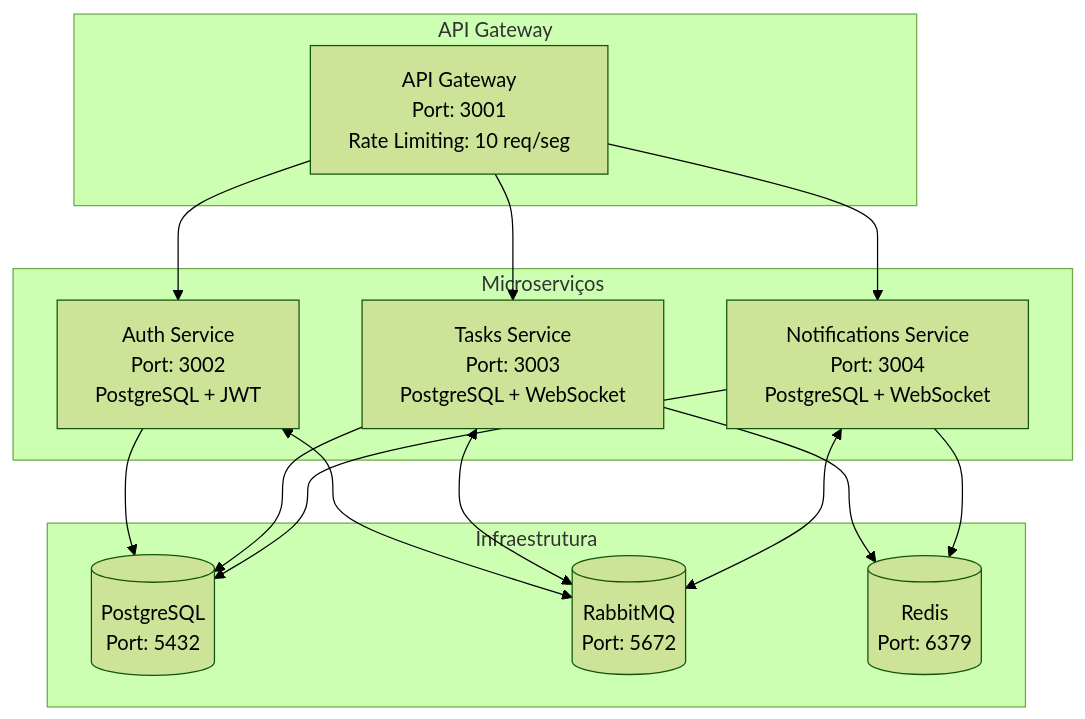
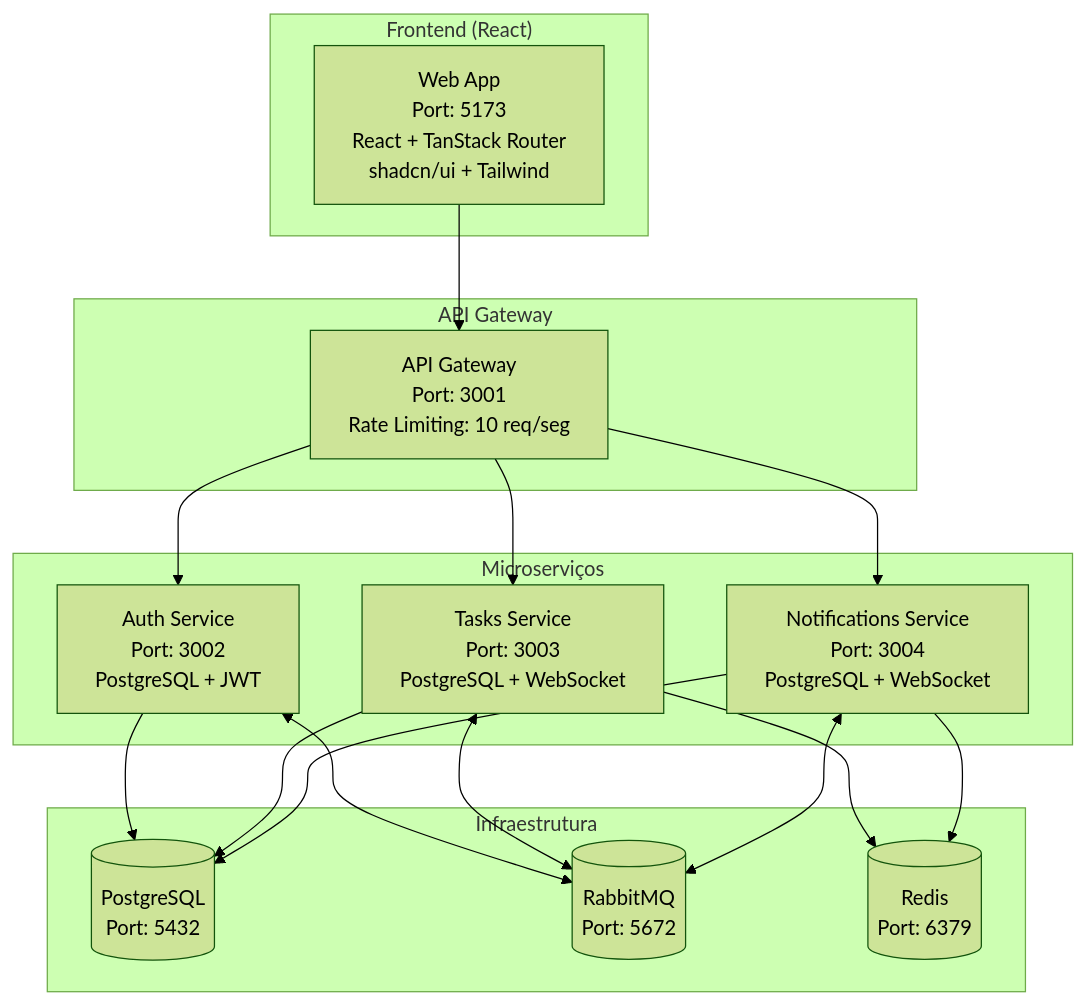
Before and after one commit to vinicius1504/DesafioGloboo: the diagram in Task-Manager/README.md, drawn with Mermaid (forest theme). The commit also changed other lines of this file, not shown here.

Commit message:
feat: atualizar README.md com informações sobre o frontend em React e melhorias na documentação

````diff
--- a/Task-Manager/README.md
+++ b/Task-Manager/README.md
@@ -30,33 +24,38 @@
 ```mermaid
 graph TB
+    subgraph "Frontend (React)"
+        WEB[Web App<br/>Port: 5173<br/>React + TanStack Router<br/>shadcn/ui + Tailwind]
+    end
+
     subgraph "API Gateway"
         GW[API Gateway<br/>Port: 3001<br/>Rate Limiting: 10 req/seg]
     end
 
     subgraph "Microserviços"
         AUTH[Auth Service<br/>Port: 3002<br/>PostgreSQL + JWT]
         TASKS[Tasks Service<br/>Port: 3003<br/>PostgreSQL + WebSocket]
         NOTIF[Notifications Service<br/>Port: 3004<br/>PostgreSQL + WebSocket]
     end
 
     subgraph "Infraestrutura"
         DB[(PostgreSQL<br/>Port: 5432)]
         MQ[(RabbitMQ<br/>Port: 5672)]
         REDIS[(Redis<br/>Port: 6379)]
     end
 
+    WEB --> GW
     GW --> AUTH
     GW --> TASKS
     GW --> NOTIF
 
     AUTH --> DB
     TASKS --> DB
     NOTIF --> DB
 
     AUTH <--> MQ
     TASKS <--> MQ
     NOTIF <--> MQ
 
     TASKS --> REDIS
     NOTIF --> REDIS
 ```
````
